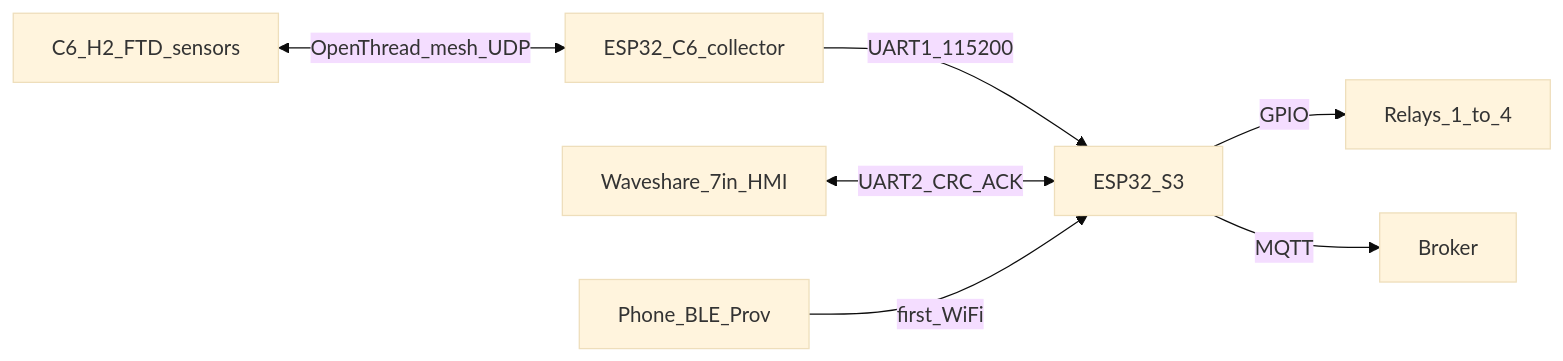
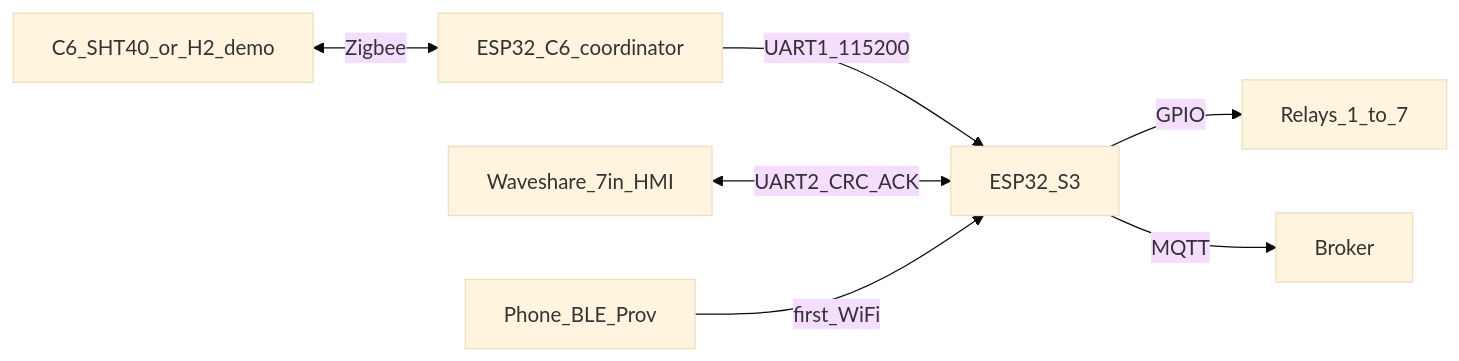
Before and after one commit to Sidd-dmg/shunya2: the diagram in README.md, drawn with Mermaid (base theme). The commit also changed other lines of this file and 69 other files, not shown here.

````diff
--- a/README.md
+++ b/README.md
@@ -123,9 +137,9 @@
 ```mermaid
 flowchart LR
-  sensors[C6_H2_FTD_sensors] <-->|OpenThread_mesh_UDP| hub[ESP32_C6_collector]
+  sensors[C6_SHT40_or_H2_demo] <-->|Zigbee| hub[ESP32_C6_coordinator]
   hub -->|UART1_115200| s3[ESP32_S3]
   hmi[Waveshare_7in_HMI] <-->|UART2_CRC_ACK| s3
-  s3 -->|GPIO| relays[Relays_1_to_4]
+  s3 -->|GPIO| relays[Relays_1_to_7]
   s3 -->|MQTT| broker[Broker]
   phone[Phone_BLE_Prov] -->|first_WiFi| s3
 ```
````
